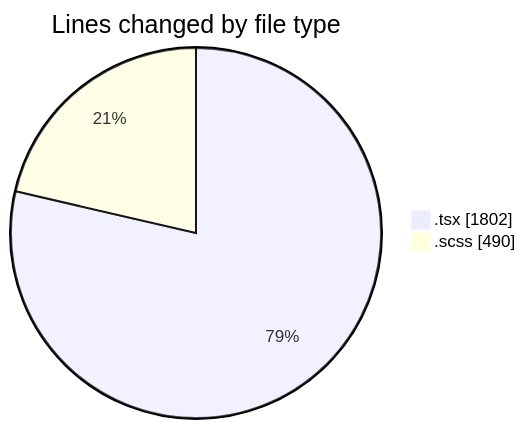
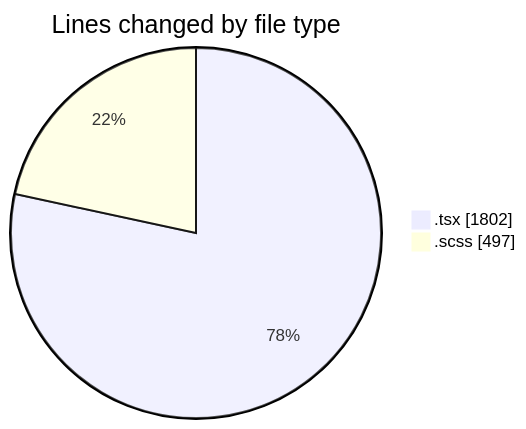
One commit to momahboobian/code-tracking changed the first of 2 diagrams in 2025-10-03/cda/README.md. Above: the diagram before and after it, drawn with Mermaid. The commit also changed other lines of this file and 1 other file, not shown here.

````diff
--- a/2025-10-03/cda/README.md
+++ b/2025-10-03/cda/README.md
@@ -24,6 +24,6 @@
 ```mermaid
 pie showData
 title Lines changed by file type
 ".tsx" : 1802
-".scss" : 490
+".scss" : 497
 ```
````
